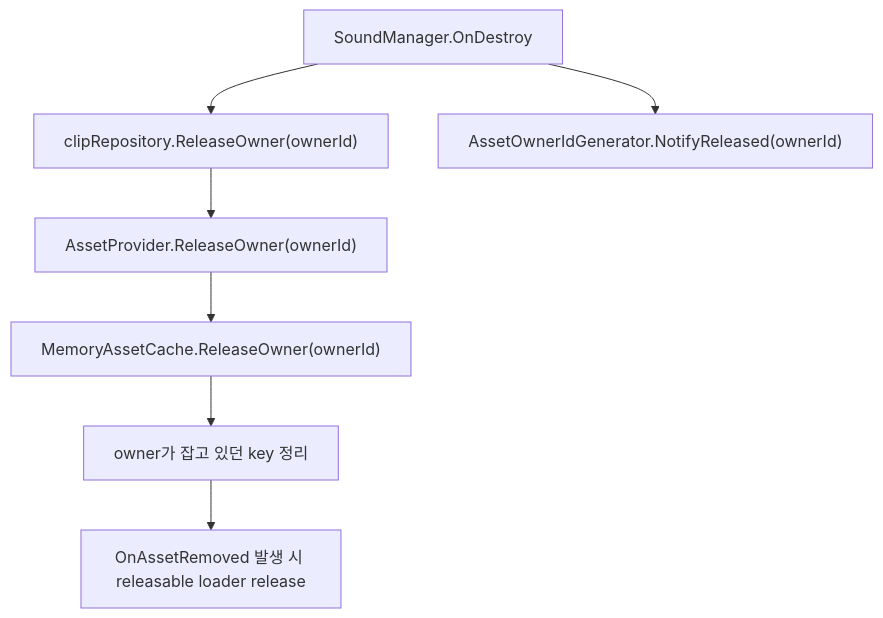
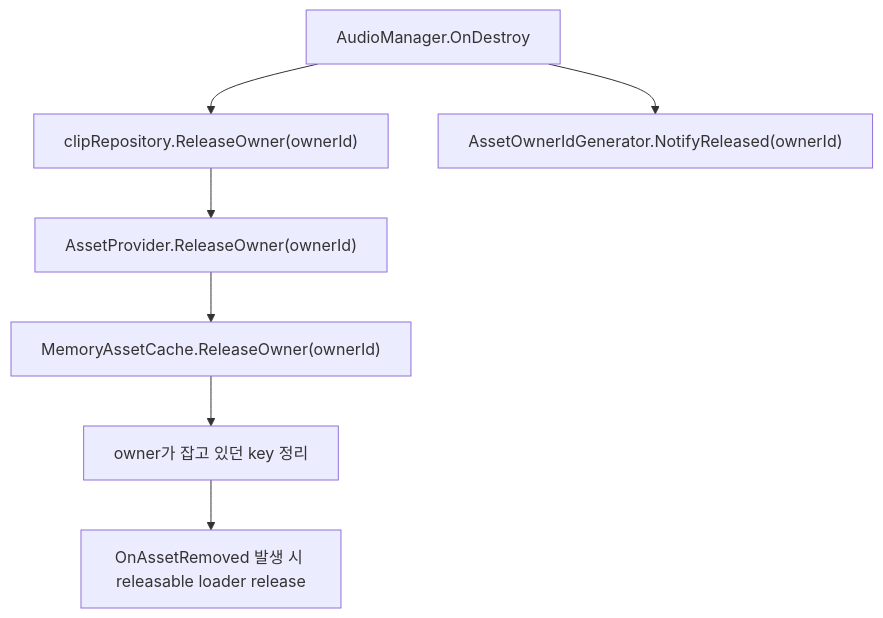
One commit to HoHong123/HCUP-Unity changed the fifth of 5 diagrams in HAudio/Runtime/README.md. Above: the diagram before and after it, drawn with Mermaid. The commit also changed other lines of this file, not shown here.

Commit message:
[Docs] 📝 04.08.26 update HAudio README to renamed Audio classes and Uid partial layout.

````diff
--- a/HAudio/Runtime/README.md
+++ b/HAudio/Runtime/README.md
@@ -138,9 +138,9 @@
 ```mermaid
 flowchart TD
-    A["SoundManager.OnDestroy"] --> B["clipRepository.ReleaseOwner(ownerId)"]
+    A["AudioManager.OnDestroy"] --> B["clipRepository.ReleaseOwner(ownerId)"]
     B --> C["AssetProvider.ReleaseOwner(ownerId)"]
     C --> D["MemoryAssetCache.ReleaseOwner(ownerId)"]
     D --> E["owner가 잡고 있던 key 정리"]
     E --> F["OnAssetRemoved 발생 시 releasable loader release"]
     A --> G["AssetOwnerIdGenerator.NotifyReleased(ownerId)"]
 ```
````
